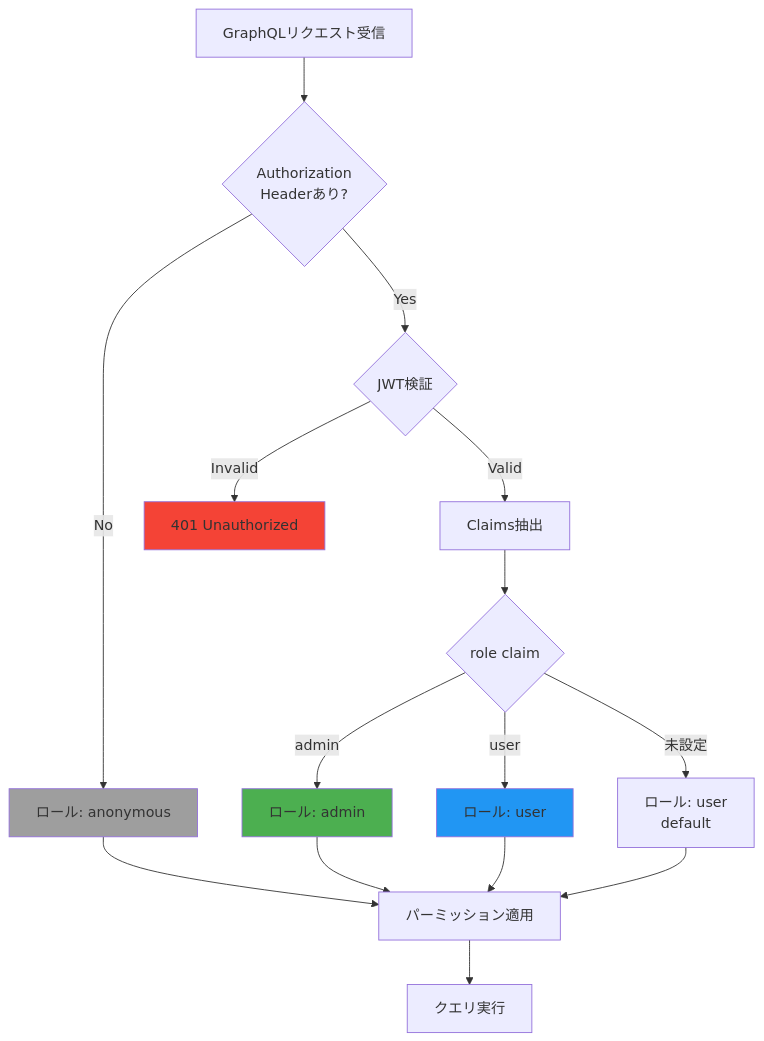
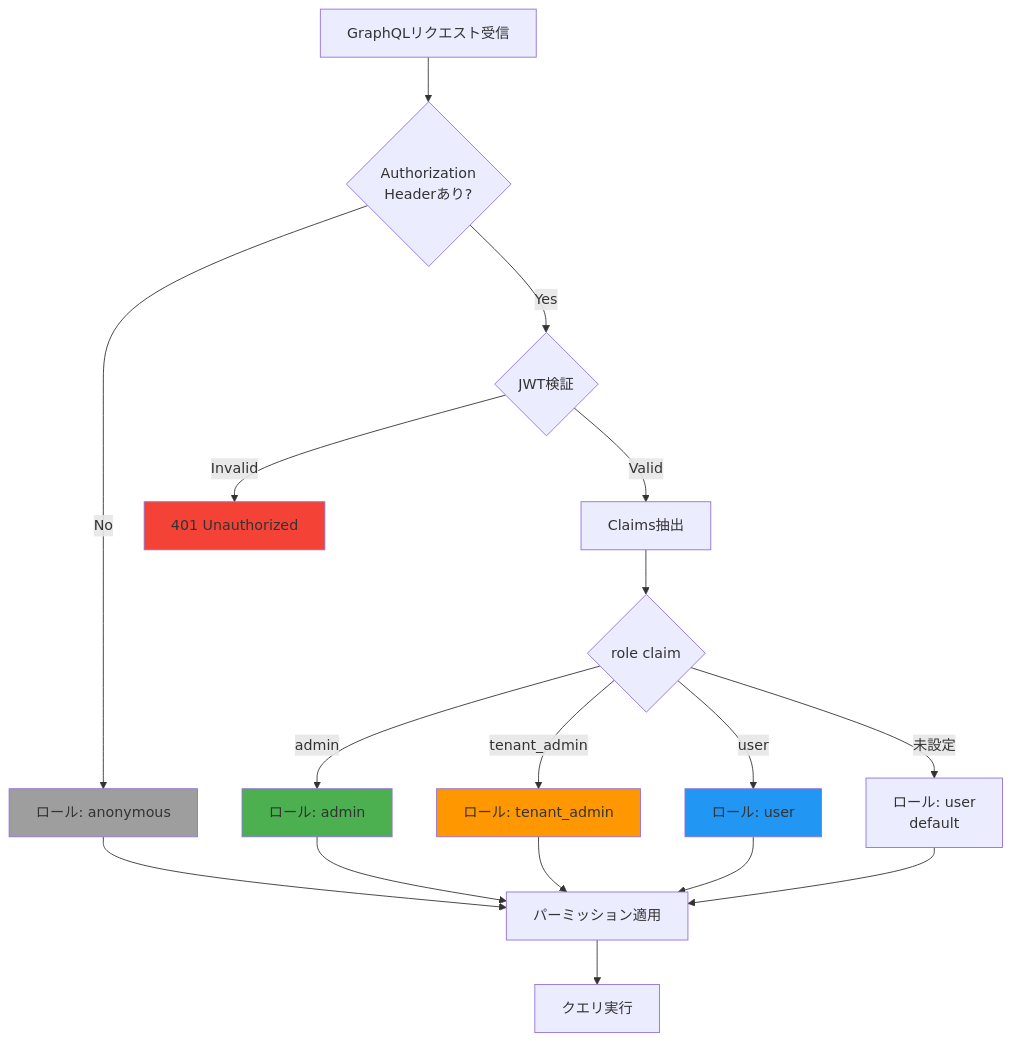
One commit to pipo3944/hasura_neon_firebase_flutter changed the second of 4 diagrams in docs/authentication.md. Above: the diagram before and after it, drawn with Mermaid. The commit also changed other lines of this file and 6 other files, not shown here.

````diff
--- a/docs/authentication.md
+++ b/docs/authentication.md
@@ -148,28 +149,31 @@
 ```mermaid
 flowchart TD
     Start[GraphQLリクエスト受信]
     Start --> HasToken{Authorization<br/>Headerあり?}
 
     HasToken -->|No| Anonymous[ロール: anonymous]
     HasToken -->|Yes| ValidateJWT{JWT検証}
 
     ValidateJWT -->|Invalid| Reject[401 Unauthorized]
     ValidateJWT -->|Valid| ExtractClaims[Claims抽出]
 
     ExtractClaims --> CheckRole{role claim}
     CheckRole -->|admin| Admin[ロール: admin]
+    CheckRole -->|tenant_admin| TenantAdmin[ロール: tenant_admin]
     CheckRole -->|user| User[ロール: user]
     CheckRole -->|未設定| DefaultUser[ロール: user<br/>default]
 
     Anonymous --> ApplyPerm[パーミッション適用]
     User --> ApplyPerm
     DefaultUser --> ApplyPerm
+    TenantAdmin --> ApplyPerm
     Admin --> ApplyPerm
 
     ApplyPerm --> Execute[クエリ実行]
 
     style Reject fill:#F44336
     style Admin fill:#4CAF50
+    style TenantAdmin fill:#FF9800
     style User fill:#2196F3
     style Anonymous fill:#9E9E9E
 ```
````
